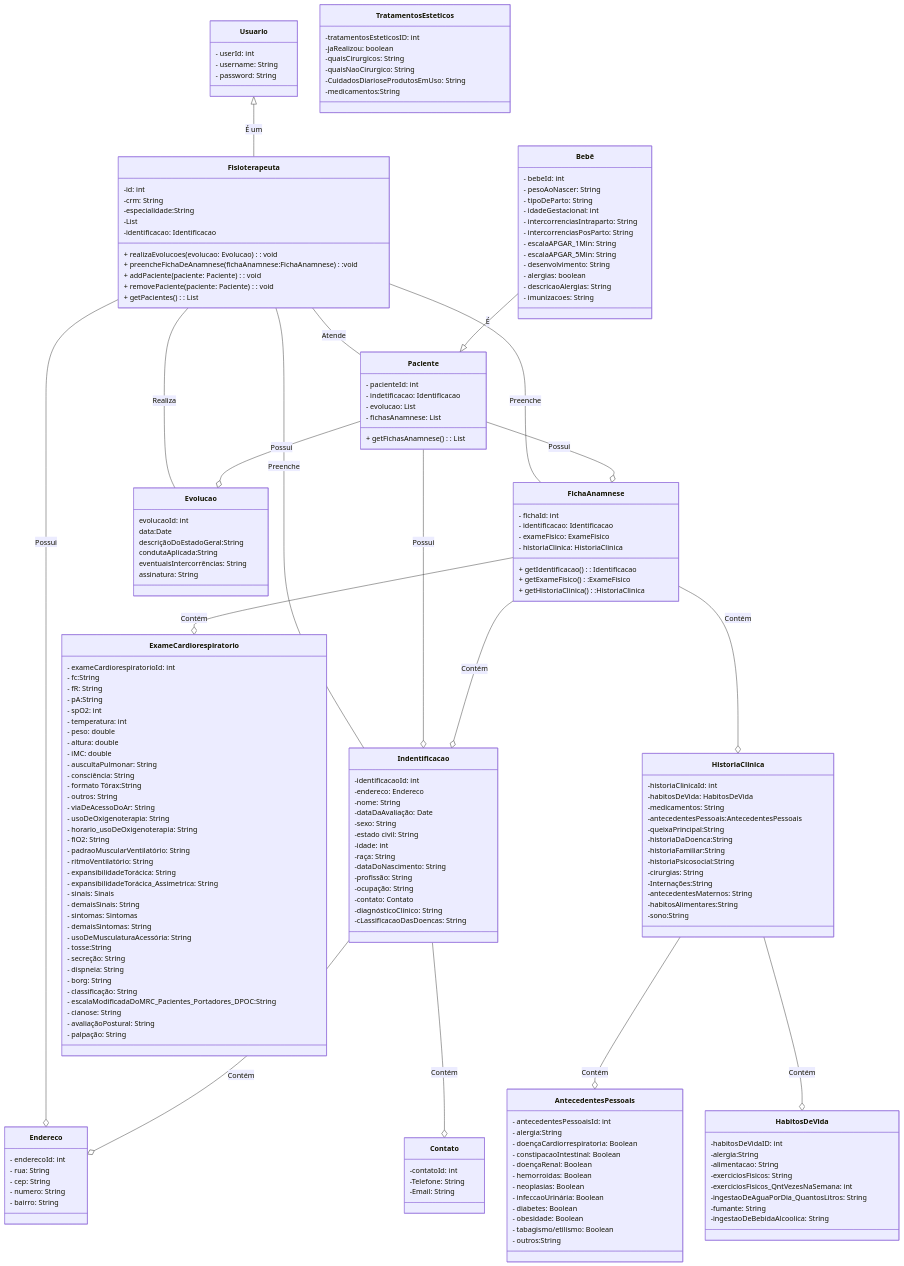
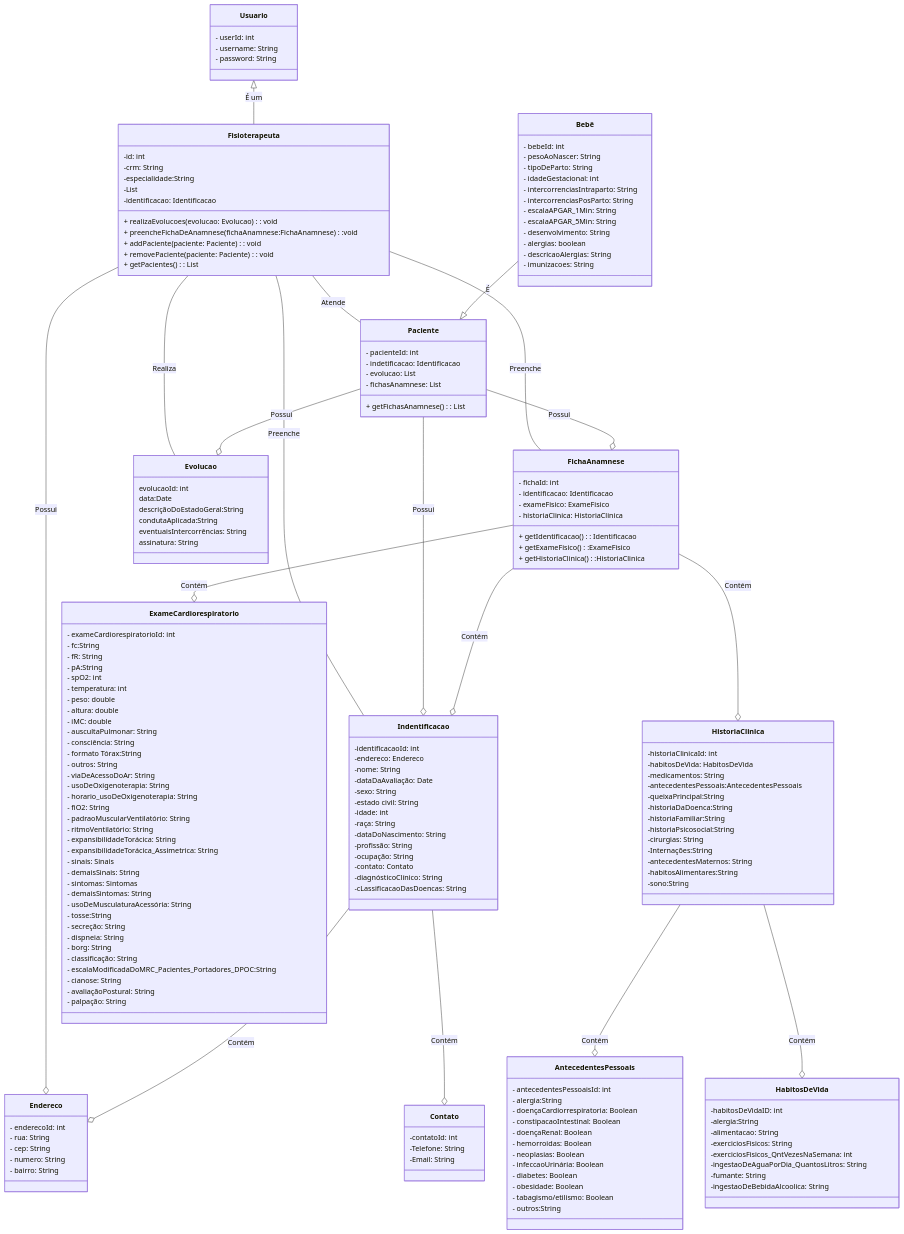
One commit to savioarthur00/Api-RestFull-FisioApp changed the diagram in README.md. Above: the diagram before and after it, drawn with Mermaid.

Commit message:
Update README.md
Remoção de procedimentos estéticos

```diff
--- a/README.md
+++ b/README.md
@@ -143,14 +143,7 @@
   - palpação: String  
 }
 
-  class TratamentosEsteticos{
-  -tratamentosEsteticosID: int
-  -jaRealizou: boolean
-  -quaisCirurgicos: String
-  -quaisNaoCirurgico: String
-  -CuidadosDiarioseProdutosEmUso: String
-  -medicamentos:String
-  }
+  
 
   class Evolucao{
     evolucaoId: int
```
